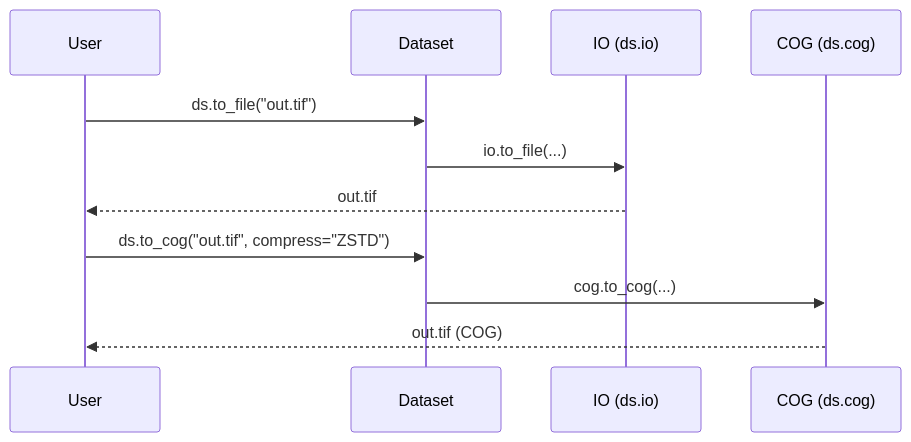
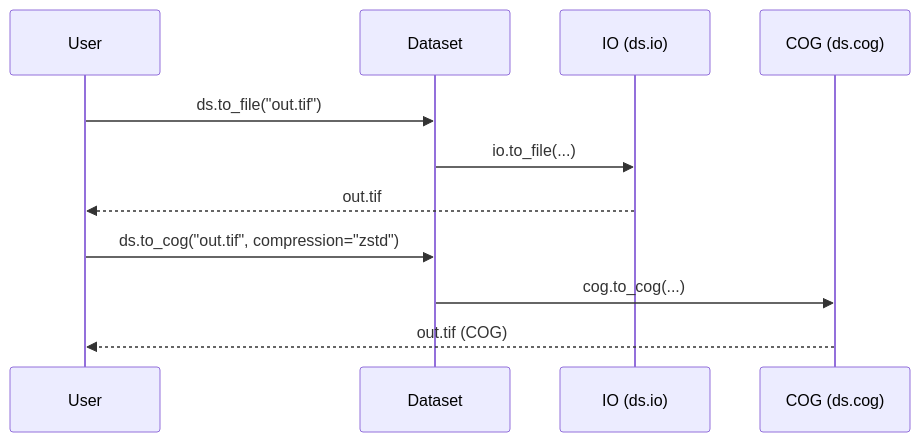
One commit to serapeum-org/pyramids changed the sixth of 11 diagrams in docs/overview/diagrams.md. Above: the diagram before and after it, drawn with Mermaid. The commit also changed 23 other files, not shown here.

````diff
--- a/docs/overview/diagrams.md
+++ b/docs/overview/diagrams.md
@@ -242,13 +242,13 @@
 ```mermaid
 sequenceDiagram
   participant U as User
   participant DS as Dataset
   participant IO as IO (ds.io)
   participant CG as COG (ds.cog)
   U->>DS: ds.to_file("out.tif")
   DS->>IO: io.to_file(...)
   IO-->>U: out.tif
-  U->>DS: ds.to_cog("out.tif", compress="ZSTD")
+  U->>DS: ds.to_cog("out.tif", compression="zstd")
   DS->>CG: cog.to_cog(...)
   CG-->>U: out.tif (COG)
 ```
````
